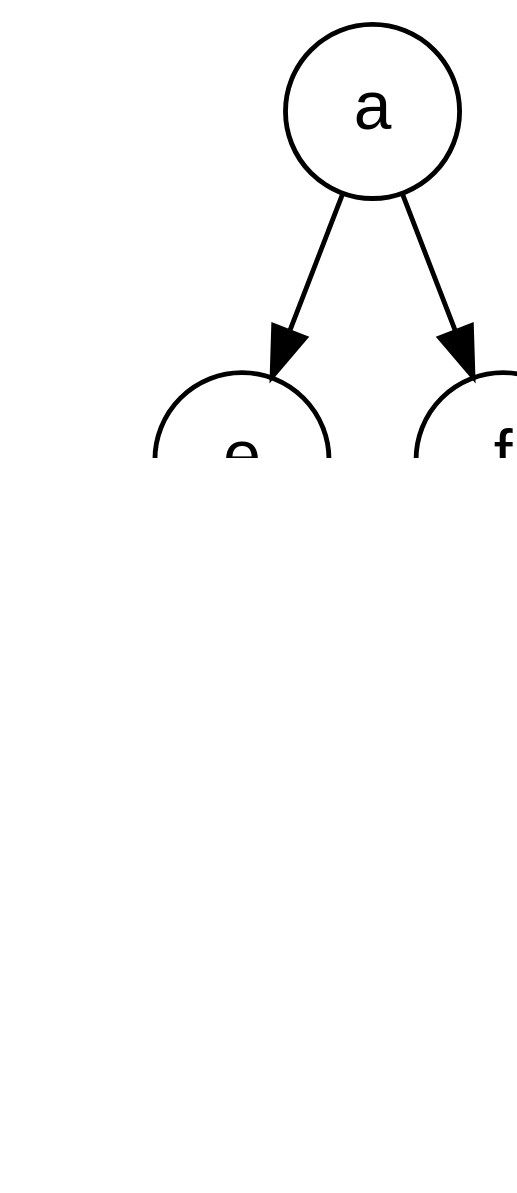
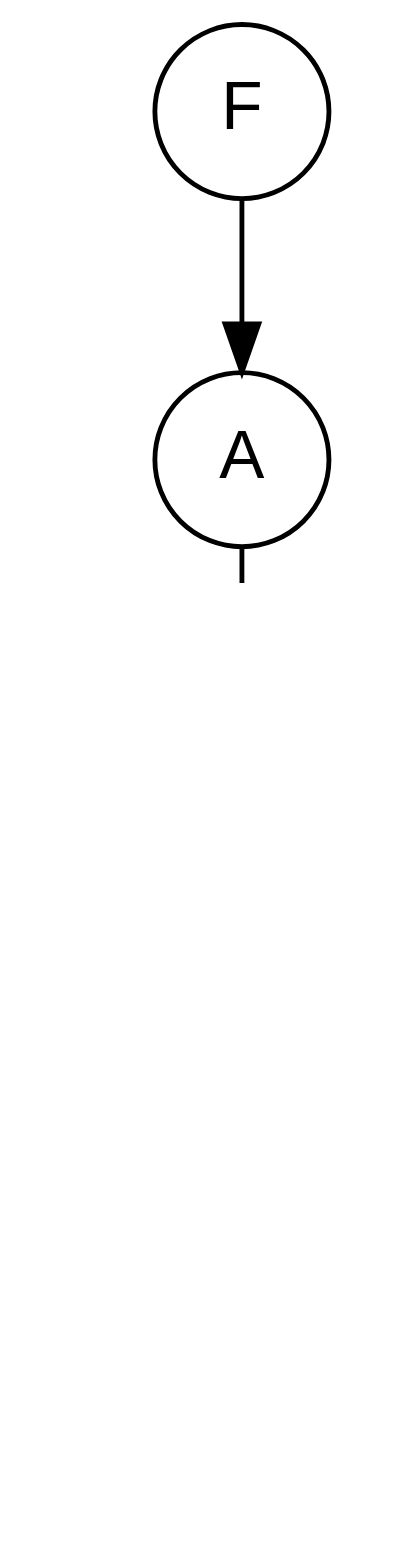
Before and after one commit to aliamid92/Algoassignment3: the diagram in graph.gv, drawn with Graphviz. The commit also changed 1 other file, not shown here.

Commit message:
graph.gv and the image of our examples have been added

```diff
--- a/graph.gv
+++ b/graph.gv
@@ -1,17 +1,17 @@
 digraph G {
 graph [ dpi = 200 ]
 node [fontname=Arial ];
 node [shape=circle];
 edge [arrowsize=1];
-nodee [label="e"];
-nodea -> nodee;
-nodeb [label="b"];
-nodee -> nodeb;
-nodef [label="f"];
-nodea -> nodef;
-nodec [label="c"];
-nodee -> nodec;
-noded [label="d"];
-nodec -> noded;
-nodea [label="a"];
+nodeA [label="A"];
+nodeF -> nodeA;
+nodeB [label="B"];
+nodeA -> nodeB;
+nodeC [label="C"];
+nodeB -> nodeC;
+nodeD [label="D"];
+nodeC -> nodeD;
+nodeE [label="E"];
+nodeB -> nodeE;
+nodeF [label="F"];
 }
```
